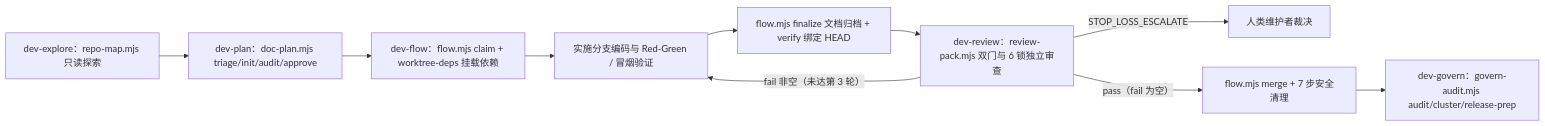
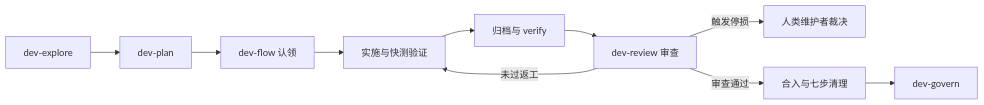
One commit to FiretrUCK666/project-forge changed the fifth of 5 diagrams in docs/TDD.md. Above: the diagram before and after it, drawn with Mermaid. The commit also changed other lines of this file and 29 other files, not shown here.

Commit message:
同步升级模板体系、技术设计文档、双语门面与矢量图并对齐两档治理契约

````diff
--- a/docs/TDD.md
+++ b/docs/TDD.md
@@ -243,12 +270,12 @@
 ```mermaid
 flowchart LR
-  Explore["dev-explore：repo-map.mjs 只读探索"] --> Plan["dev-plan：doc-plan.mjs triage/init/audit/approve"]
-  Plan --> FlowStart["dev-flow：flow.mjs claim + worktree-deps 挂载依赖"]
-  FlowStart --> Code["实施分支编码与 Red-Green / 冒烟验证"]
-  Code --> Finalize["flow.mjs finalize 文档归档 + verify 绑定 HEAD"]
-  Finalize --> Review["dev-review：review-pack.mjs 双门与 6 锁独立审查"]
-  Review -- "fail 非空（未达第 3 轮）" --> Code
-  Review -- "STOP_LOSS_ESCALATE" --> Human["人类维护者裁决"]
-  Review -- "pass（fail 为空）" --> Merge["flow.mjs merge + 7 步安全清理"]
-  Merge --> Govern["dev-govern：govern-audit.mjs audit/cluster/release-prep"]
+  Explore["dev-explore"] --> Plan["dev-plan"]
+  Plan --> FlowStart["dev-flow 认领"]
+  FlowStart --> Code["实施与快测验证"]
+  Code --> Finalize["归档与 verify"]
+  Finalize --> Review["dev-review 审查"]
+  Review -- "未过返工" --> Code
+  Review -- "触发停损" --> Human["人类维护者裁决"]
+  Review -- "审查通过" --> Merge["合入与七步清理"]
+  Merge --> Govern["dev-govern"]
 ```
````
